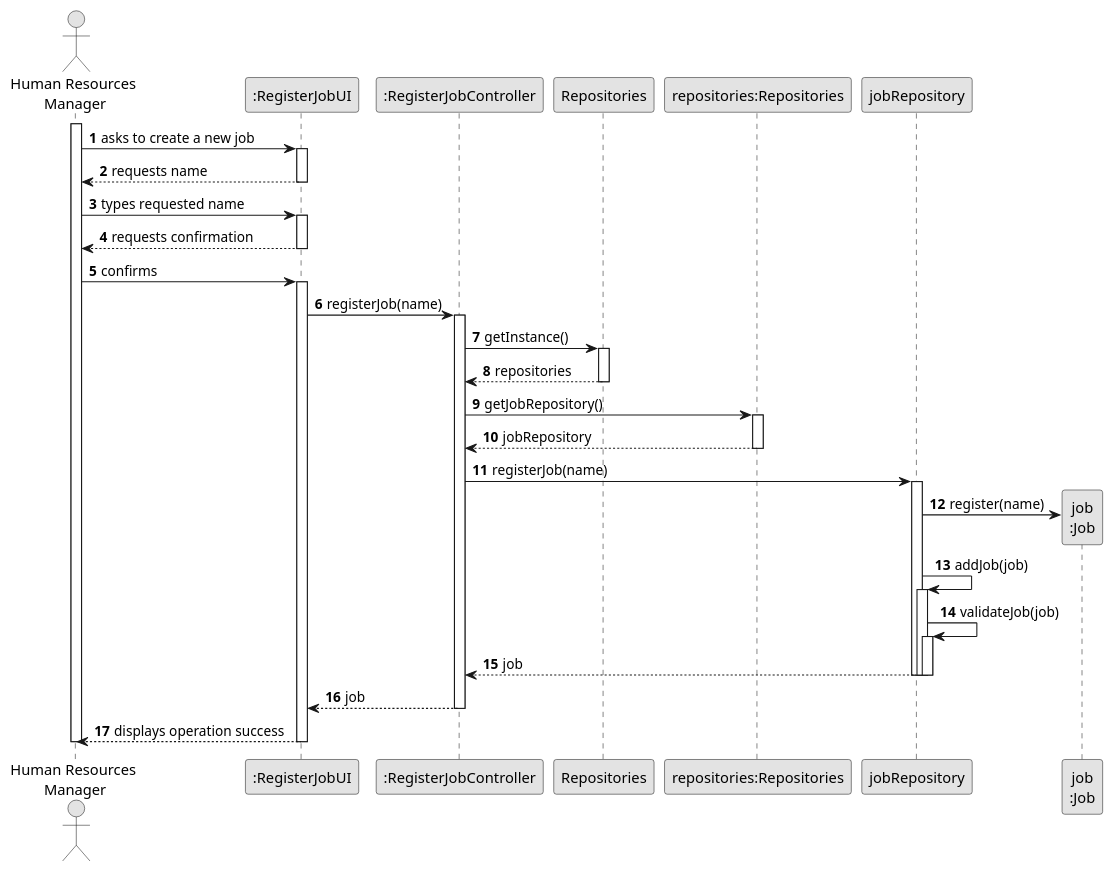
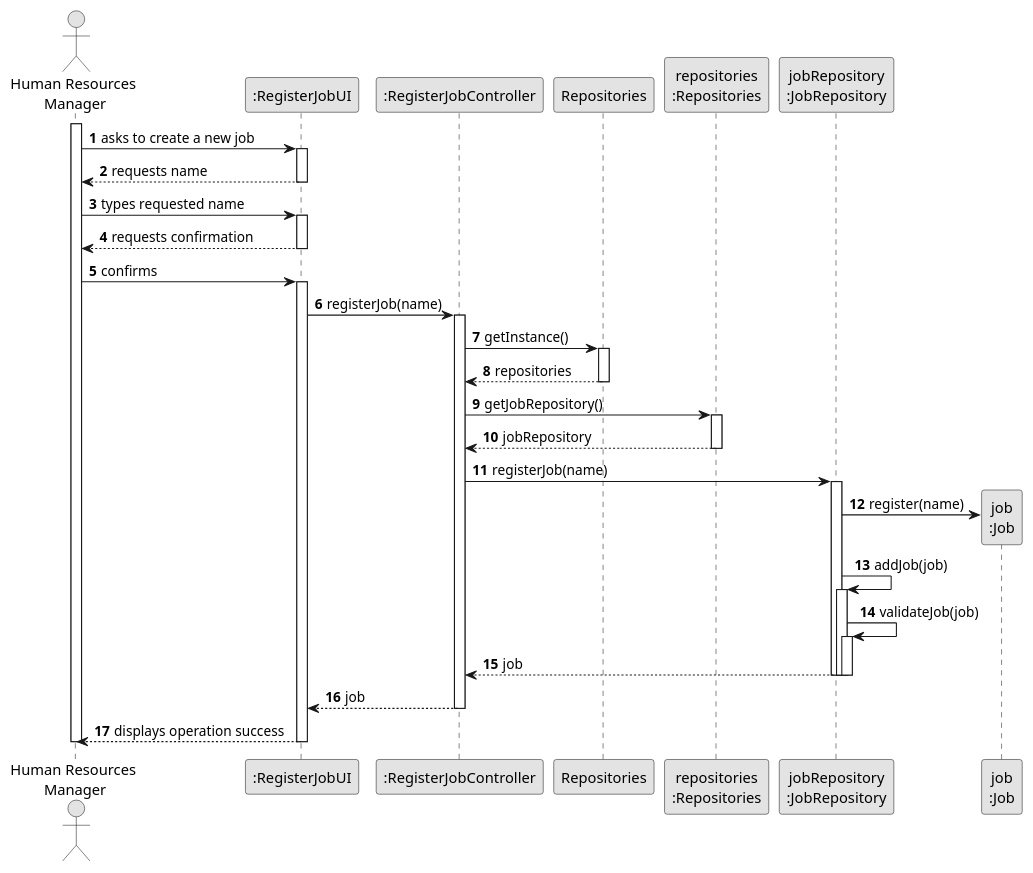
The diagram in docs/sprintB/us002/03.design/puml/us002-sequence-diagram-full.puml (diogoveirospro/lei-24-s2-1dg-g072), drawn with PlantUML before and after one commit. The commit also changed 27 other files, not shown here.

Commit message:
Changes to Sequence Diagrams for some USs

```diff
--- a/docs/sprintB/us002/03.design/puml/us002-sequence-diagram-full.puml
+++ b/docs/sprintB/us002/03.design/puml/us002-sequence-diagram-full.puml
@@ -1,75 +1,75 @@
 @startuml
 skinparam monochrome true
 skinparam packageStyle rectangle
 skinparam shadowing false
 
 autonumber
 
 'hide footbox
 actor "Human Resources\n Manager" as HRM
 participant ":RegisterJobUI" as UI
 participant ":RegisterJobController" as CTRL
 participant Repositories
-participant "repositories:Repositories" as REP
-participant "jobRepository" as JOBREP
+participant "repositories\n:Repositories" as REP
+participant "jobRepository\n:JobRepository" as JOBREP
 participant "job\n:Job" as Job
 
 activate HRM
 
     HRM -> UI : asks to create a new job
 
     activate UI
 
         UI --> HRM : requests name
     deactivate UI
 
     HRM -> UI : types requested name
     activate UI
 
         UI --> HRM : requests confirmation
     deactivate UI
 
     HRM -> UI : confirms
     activate UI
 
         UI -> CTRL : registerJob(name)
         activate CTRL
 
             CTRL -> Repositories: getInstance()
             activate Repositories
 
             Repositories --> CTRL: repositories
             deactivate Repositories
 
             CTRL -> REP: getJobRepository()
             activate REP
 
             REP --> CTRL: jobRepository
             deactivate REP
 
             CTRL -> JOBREP : registerJob(name)
             activate JOBREP
 
             JOBREP -> Job**: register(name)
                 JOBREP -> JOBREP: addJob(job)
                 activate JOBREP
 
                 JOBREP -> JOBREP: validateJob(job)
                 activate JOBREP
 
             JOBREP --> CTRL : job
                 deactivate JOBREP
 
                 deactivate JOBREP
 
             deactivate JOBREP
 
             CTRL --> UI : job
         deactivate CTRL
 
         UI --> HRM: displays operation success
     deactivate UI
 
 deactivate HRM
 
 @enduml
```
